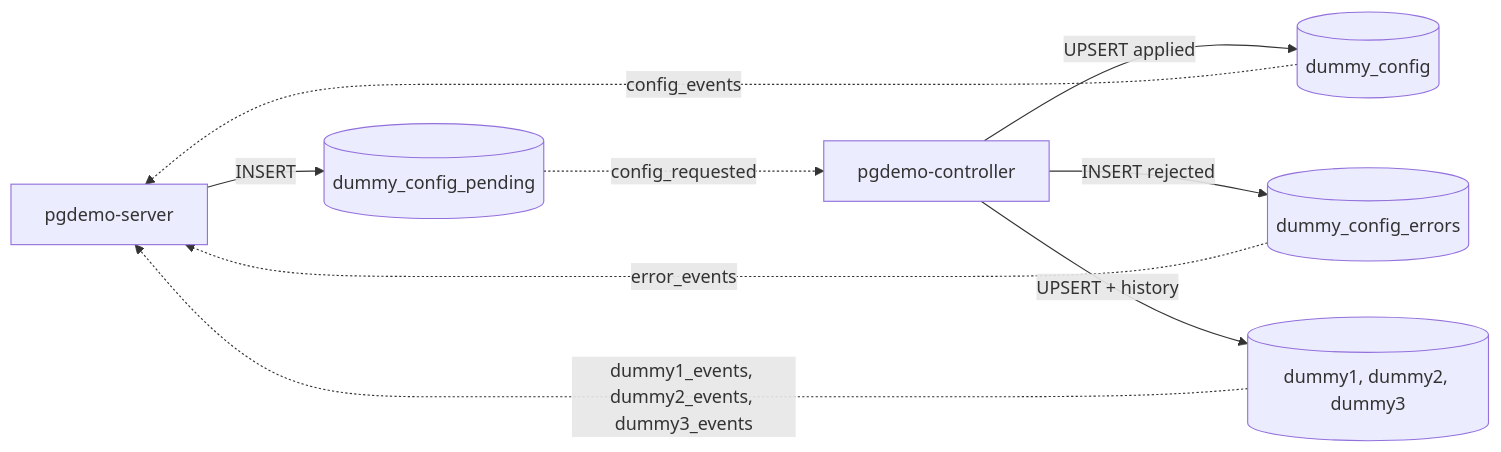
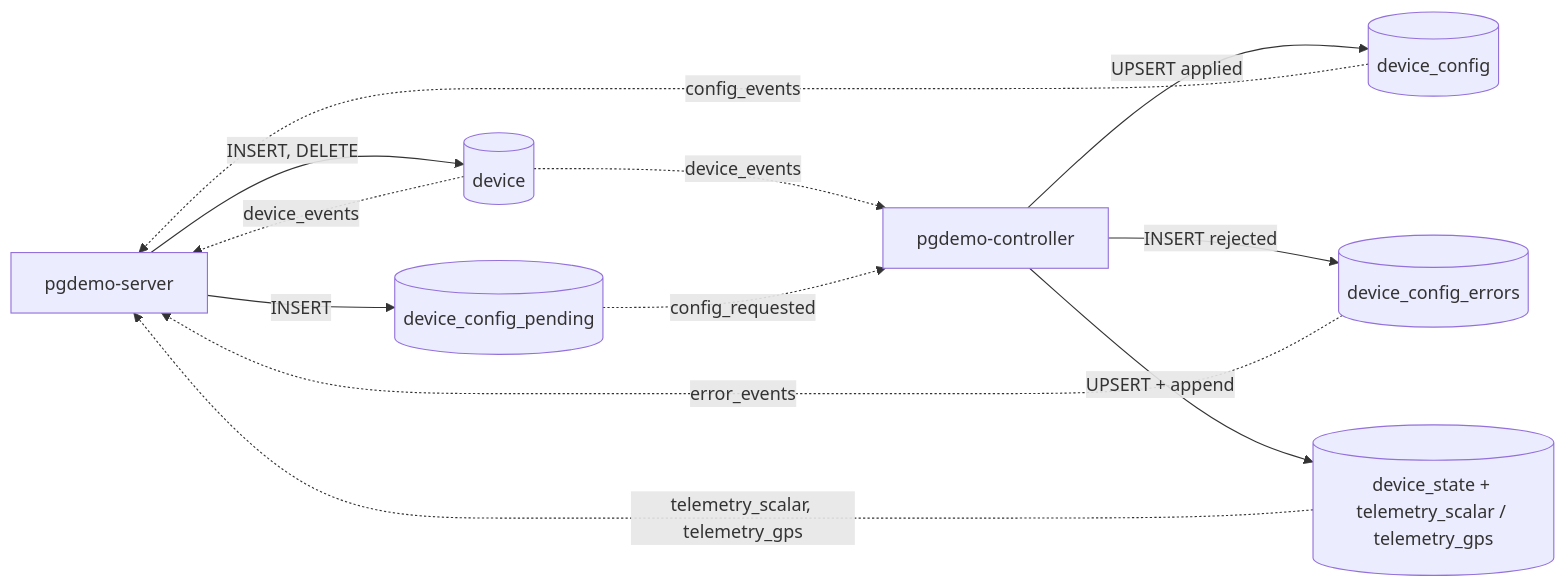
One commit to jgmatu/postgresql changed the fourth of 4 diagrams in sql/README.md. Above: the diagram before and after it, drawn with Mermaid. The commit also changed other lines of this file and 39 other files, not shown here.

````diff
--- a/sql/README.md
+++ b/sql/README.md
@@ -248,18 +304,22 @@
 ```mermaid
 flowchart LR
     server["pgdemo-server"]
     controller["pgdemo-controller"]
-    pending[("dummy_config_pending")]
-    applied[("dummy_config")]
-    errors[("dummy_config_errors")]
-    data[("dummy1, dummy2, dummy3")]
+    registry[("device")]
+    pending[("device_config_pending")]
+    applied[("device_config")]
+    errors[("device_config_errors")]
+    data[("device_state + telemetry_scalar / telemetry_gps")]
 
+    server -->|"INSERT, DELETE"| registry
+    registry -.->|device_events| controller
+    registry -.->|device_events| server
     server -->|INSERT| pending
     pending -.->|config_requested| controller
     controller -->|"UPSERT applied"| applied
     controller -->|"INSERT rejected"| errors
-    controller -->|"UPSERT + history"| data
+    controller -->|"UPSERT + append"| data
     applied -.->|config_events| server
     errors -.->|error_events| server
-    data -.->|"dummy1_events, dummy2_events, dummy3_events"| server
+    data -.->|"telemetry_scalar, telemetry_gps"| server
 ```
````
